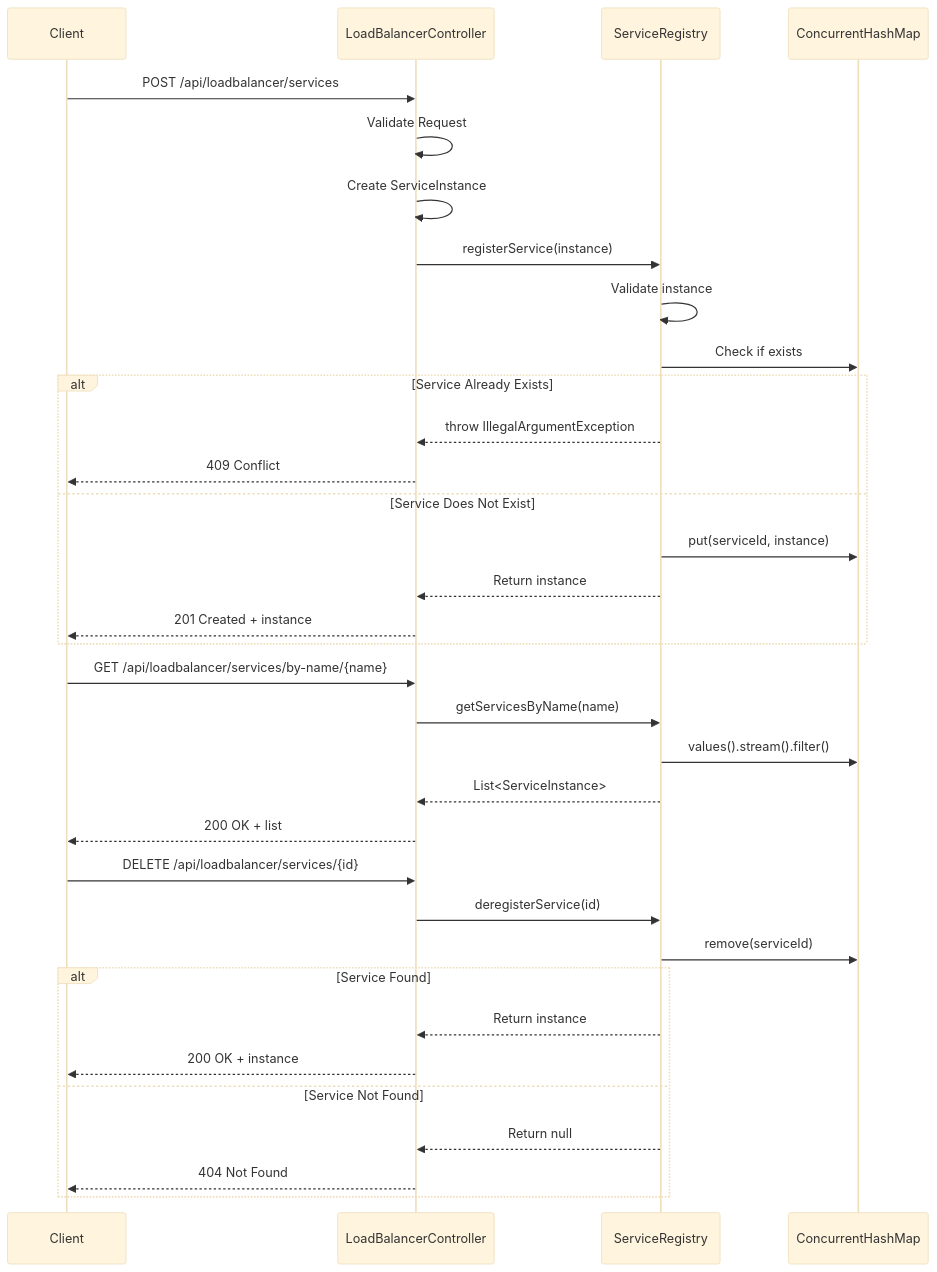
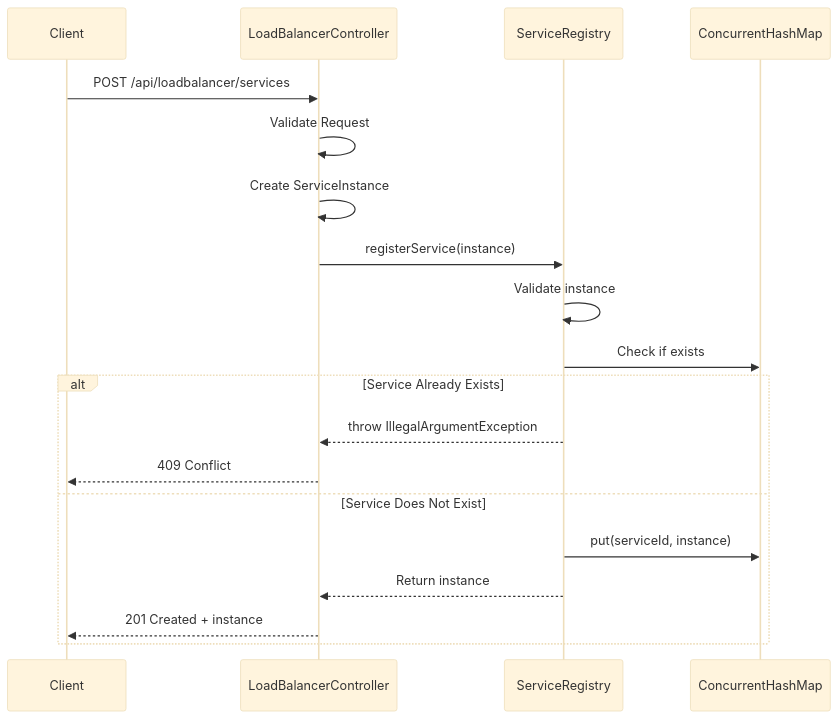
One commit to empeje/tdd-playground changed the second of 5 diagrams in packages/java-exercise/DESIGN.md. Above: the diagram before and after it, drawn with Mermaid (base theme). The commit also changed other lines of this file and 11 other files, not shown here.

````diff
--- a/packages/java-exercise/DESIGN.md
+++ b/packages/java-exercise/DESIGN.md
@@ -193,39 +317,22 @@
 ```mermaid
 sequenceDiagram
     participant Client
     participant Controller as LoadBalancerController
     participant Registry as ServiceRegistry
     participant Map as ConcurrentHashMap
 
     Client->>Controller: POST /api/loadbalancer/services
     Controller->>Controller: Validate Request
     Controller->>Controller: Create ServiceInstance
     Controller->>Registry: registerService(instance)
     Registry->>Registry: Validate instance
     Registry->>Map: Check if exists
     alt Service Already Exists
         Registry-->>Controller: throw IllegalArgumentException
         Controller-->>Client: 409 Conflict
     else Service Does Not Exist
         Registry->>Map: put(serviceId, instance)
         Registry-->>Controller: Return instance
         Controller-->>Client: 201 Created + instance
     end
-
-    Client->>Controller: GET /api/loadbalancer/services/by-name/{name}
-    Controller->>Registry: getServicesByName(name)
-    Registry->>Map: values().stream().filter()
-    Registry-->>Controller: List<ServiceInstance>
-    Controller-->>Client: 200 OK + list
-
-    Client->>Controller: DELETE /api/loadbalancer/services/{id}
-    Controller->>Registry: deregisterService(id)
-    Registry->>Map: remove(serviceId)
-    alt Service Found
-        Registry-->>Controller: Return instance
-        Controller-->>Client: 200 OK + instance
-    else Service Not Found
-        Registry-->>Controller: Return null
-        Controller-->>Client: 404 Not Found
-    end
 ```
````
